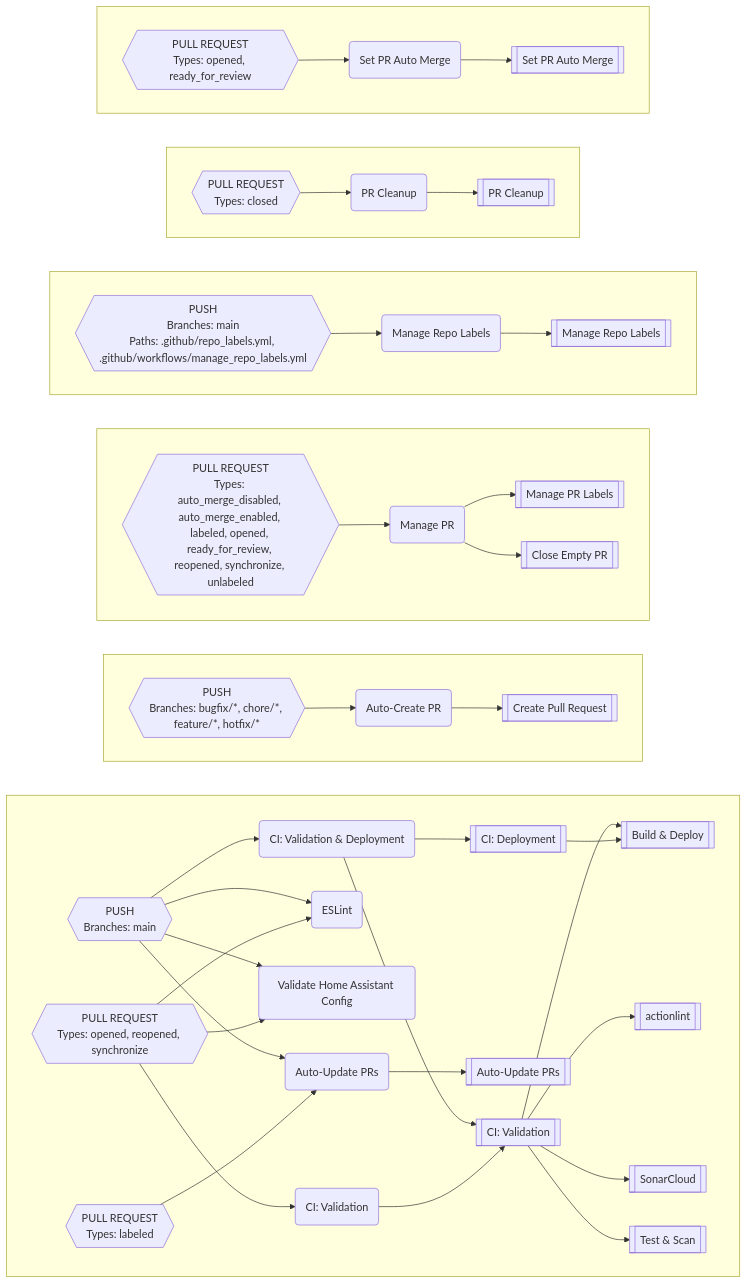
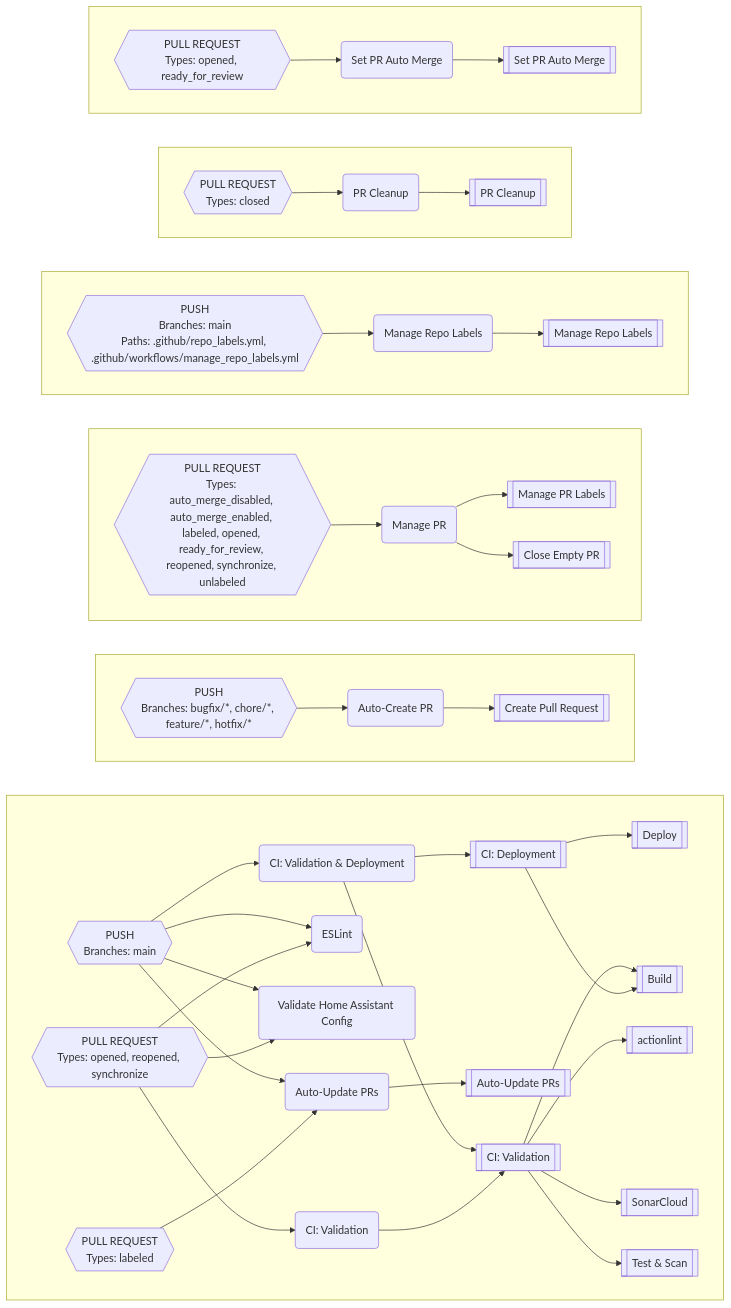
One commit to worgarside/github-config-files changed the diagram in README.md. Above: the diagram before and after it, drawn with Mermaid. The commit also changed 4 other files, not shown here.

Commit message:
Update build & deploy pipelines

````diff
--- a/README.md
+++ b/README.md
@@ -375,97 +375,99 @@
 ```mermaid
 flowchart LR
-subgraph CP[" "]
+subgraph CU[" "]
 direction LR
-CL-->Q
-CN-->BY
-CN-->CC
-CN-->CL
-BO-->BN
-BN-->AL
-CI-->BN
-CI-->BY
-CI-->CC
-CI-->CH
-CH-->Q
-CH-->K
-K-->D
+CQ-->Q
+CS-->CD
+CS-->CH
+CS-->CQ
+BT-->BS
+BS-->AQ
+CN-->BS
+CN-->CD
+CN-->CH
+CN-->CM
+CM-->J
+CM-->Q
+J-->AE
+J-->D
 Q-->A
-Q-->AV
-Q-->AY
+Q-->BA
+Q-->BD
 Q-->D
 end
-subgraph CQ[" "]
+subgraph CV[" "]
 direction LR
-BC-->BB
-BB-->AA
+BH-->BG
+BG-->AA
 end
-subgraph CR[" "]
-direction LR
-BF-->BE
-BE-->AE
-BE-->W
-end
-subgraph CS[" "]
+subgraph CW[" "]
 direction LR
 BK-->BJ
-BJ-->AI
+BJ-->AJ
+BJ-->W
 end
-subgraph CT[" "]
+subgraph CX[" "]
 direction LR
-BS-->BR
-BR-->AO
+BP-->BO
+BO-->AN
 end
-subgraph CU[" "]
+subgraph CY[" "]
 direction LR
-BV-->BU
-BU-->AS
+BX-->BW
+BW-->AT
+end
+subgraph CZ[" "]
+direction LR
+CA-->BZ
+BZ-->AX
 end
 A[["actionlint"]]
 AA[["Create Pull Request"]]
-AE[["Manage PR Labels"]]
-AI[["Manage Repo Labels"]]
-AL[["Auto-Update PRs"]]
-AO[["PR Cleanup"]]
-AS[["Set PR Auto Merge"]]
-AV[["SonarCloud"]]
-AY[["Test & Scan"]]
-BB("Auto-Create PR")
-BC{{"PUSH
+AE[["Deploy"]]
+AJ[["Manage PR Labels"]]
+AN[["Manage Repo Labels"]]
+AQ[["Auto-Update PRs"]]
+AT[["PR Cleanup"]]
+AX[["Set PR Auto Merge"]]
+BA[["SonarCloud"]]
+BD[["Test & Scan"]]
+BG("Auto-Create PR")
+BH{{"PUSH
 Branches: bugfix/*, chore/*, feature/*, hotfix/*
 "}}
-BE("Manage PR")
-BF{{"PULL REQUEST
+BJ("Manage PR")
+BK{{"PULL REQUEST
 Types: auto_merge_disabled, auto_merge_enabled, labeled, opened, ready_for_review, reopened, synchronize, unlabeled
 "}}
-BJ("Manage Repo Labels")
-BK{{"PUSH
+BO("Manage Repo Labels")
+BP{{"PUSH
 Branches: main
 Paths: .github/repo_labels.yml, .github/workflows/manage_repo_labels.yml
 "}}
-BN("Auto-Update PRs")
-BO{{"PULL REQUEST
+BS("Auto-Update PRs")
+BT{{"PULL REQUEST
 Types: labeled
 "}}
-BR("PR Cleanup")
-BS{{"PULL REQUEST
+BW("PR Cleanup")
+BX{{"PULL REQUEST
 Types: closed
 "}}
-BU("Set PR Auto Merge")
-BV{{"PULL REQUEST
+BZ("Set PR Auto Merge")
+CA{{"PULL REQUEST
 Types: opened, ready_for_review
 "}}
-BY("ESLint")
-CC("Validate Home Assistant Config")
-CH("CI: Validation & Deployment")
-CI{{"PUSH
+CD("ESLint")
+CH("Validate Home Assistant Config")
+CM("CI: Validation & Deployment")
+CN{{"PUSH
 Branches: main
 "}}
-CL("CI: Validation")
-CN{{"PULL REQUEST
+CQ("CI: Validation")
+CS{{"PULL REQUEST
 Types: opened, reopened, synchronize
 "}}
-D[["Build & Deploy"]]
-K[["CI: Deployment"]]
+D[["Build"]]
+J[["CI: Deployment"]]
 Q[["CI: Validation"]]
 W[["Close Empty PR"]]
 ```
````
